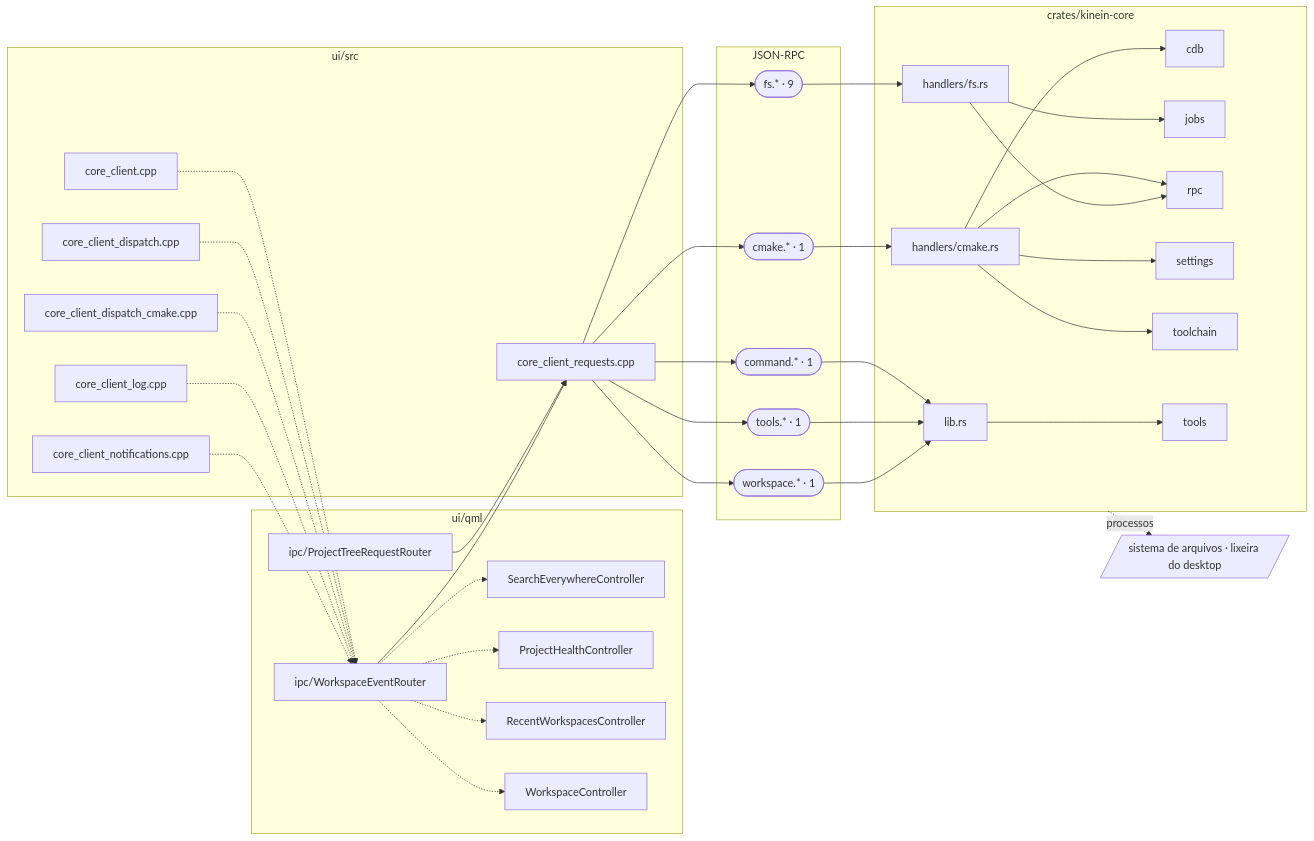
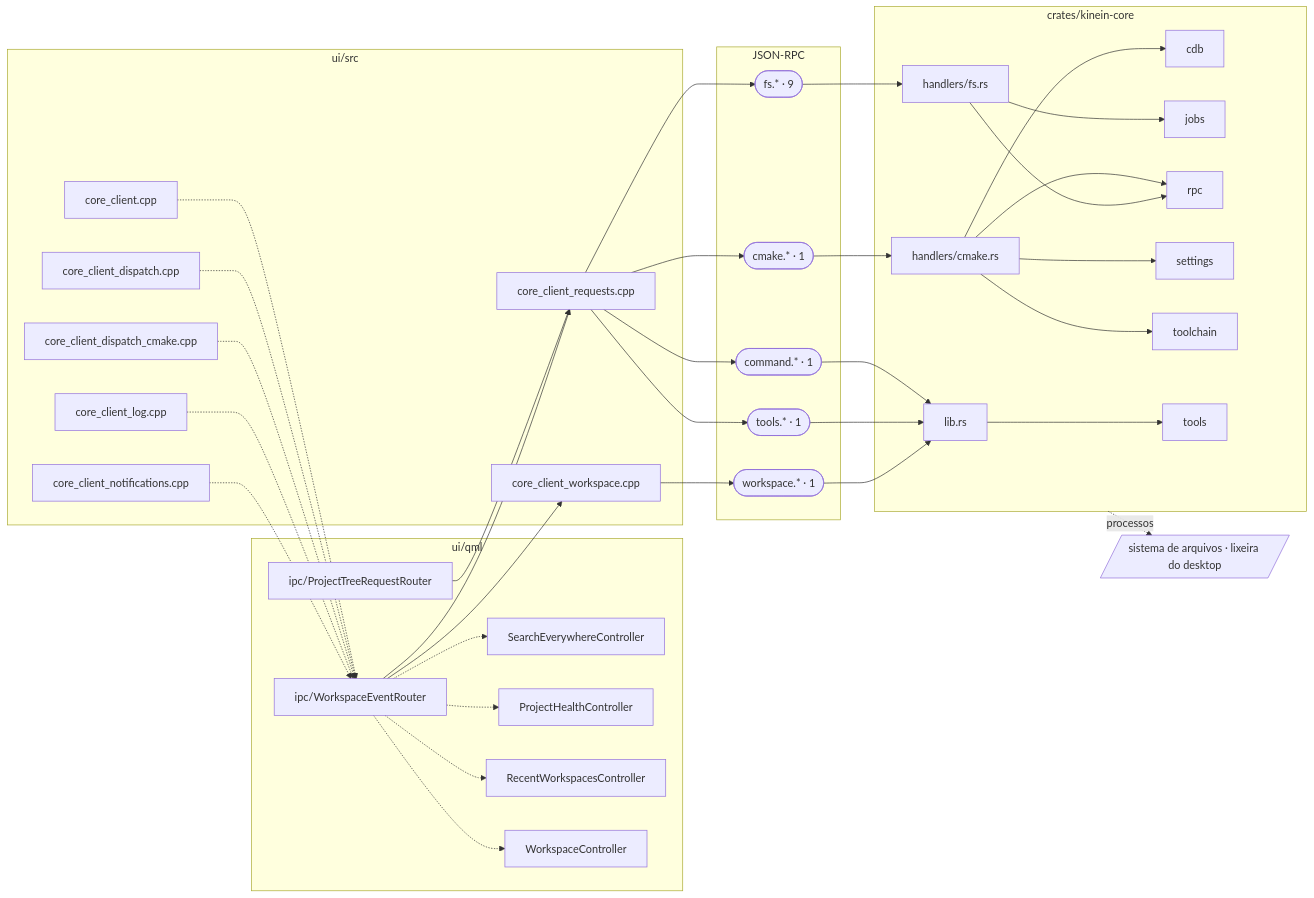
The fourth of 16 diagrams in DocsPublic/arquitetura/01-mapa-de-modulos.md (ViktorWalde/KineinVectis), drawn with Mermaid before and after one commit. The commit also changed other lines of this file and 44 other files, not shown here.

````diff
--- a/DocsPublic/arquitetura/01-mapa-de-modulos.md
+++ b/DocsPublic/arquitetura/01-mapa-de-modulos.md
@@ -407,67 +410,69 @@
 ```mermaid
 flowchart LR
   subgraph QML["ui/qml"]
     n_ui_qml_search_SearchEverywhereController_qml["SearchEverywhereController"]
     n_ui_qml_workspace_ProjectHealthController_qml["ProjectHealthController"]
     n_ui_qml_workspace_RecentWorkspacesController_qml["RecentWorkspacesController"]
     n_ui_qml_workspace_WorkspaceController_qml["WorkspaceController"]
     n_ui_qml_ipc_ProjectTreeRequestRouter_qml["ipc/ProjectTreeRequestRouter"]
     n_ui_qml_ipc_WorkspaceEventRouter_qml["ipc/WorkspaceEventRouter"]
   end
   subgraph CPP["ui/src"]
     n_ui_src_core_client_cpp["core_client.cpp"]
     n_ui_src_core_client_dispatch_cpp["core_client_dispatch.cpp"]
     n_ui_src_core_client_dispatch_cmake_cpp["core_client_dispatch_cmake.cpp"]
     n_ui_src_core_client_log_cpp["core_client_log.cpp"]
     n_ui_src_core_client_notifications_cpp["core_client_notifications.cpp"]
     n_ui_src_core_client_requests_cpp["core_client_requests.cpp"]
+    n_ui_src_core_client_workspace_cpp["core_client_workspace.cpp"]
   end
   subgraph IPC["JSON-RPC"]
     n_ipc_cmake(["cmake.* · 1"])
     n_ipc_command(["command.* · 1"])
     n_ipc_fs(["fs.* · 9"])
     n_ipc_tools(["tools.* · 1"])
     n_ipc_workspace(["workspace.* · 1"])
   end
   subgraph CORE["crates/kinein-core"]
     n_crates_kinein_core_src_handlers_cmake_rs["handlers/cmake.rs"]
     n_crates_kinein_core_src_handlers_fs_rs["handlers/fs.rs"]
     n_crates_kinein_core_src_lib_rs["lib.rs"]
     n_core_cdb[cdb]
     n_core_jobs[jobs]
     n_core_rpc[rpc]
     n_core_settings[settings]
     n_core_toolchain[toolchain]
     n_core_tools[tools]
   end
   n_tools_workspace[/"sistema de arquivos · lixeira do desktop"/]
   n_ui_qml_ipc_ProjectTreeRequestRouter_qml --> n_ui_src_core_client_requests_cpp
   n_ui_qml_ipc_WorkspaceEventRouter_qml -.-> n_ui_qml_search_SearchEverywhereController_qml
   n_ui_qml_ipc_WorkspaceEventRouter_qml -.-> n_ui_qml_workspace_ProjectHealthController_qml
   n_ui_qml_ipc_WorkspaceEventRouter_qml -.-> n_ui_qml_workspace_RecentWorkspacesController_qml
   n_ui_qml_ipc_WorkspaceEventRouter_qml -.-> n_ui_qml_workspace_WorkspaceController_qml
   n_ui_qml_ipc_WorkspaceEventRouter_qml --> n_ui_src_core_client_requests_cpp
+  n_ui_qml_ipc_WorkspaceEventRouter_qml --> n_ui_src_core_client_workspace_cpp
   n_ui_src_core_client_cpp -.-> n_ui_qml_ipc_WorkspaceEventRouter_qml
   n_ui_src_core_client_dispatch_cpp -.-> n_ui_qml_ipc_WorkspaceEventRouter_qml
   n_ui_src_core_client_dispatch_cmake_cpp -.-> n_ui_qml_ipc_WorkspaceEventRouter_qml
   n_ui_src_core_client_log_cpp -.-> n_ui_qml_ipc_WorkspaceEventRouter_qml
   n_ui_src_core_client_notifications_cpp -.-> n_ui_qml_ipc_WorkspaceEventRouter_qml
   n_ui_src_core_client_requests_cpp --> n_ipc_cmake
   n_ui_src_core_client_requests_cpp --> n_ipc_command
   n_ui_src_core_client_requests_cpp --> n_ipc_fs
   n_ui_src_core_client_requests_cpp --> n_ipc_tools
-  n_ui_src_core_client_requests_cpp --> n_ipc_workspace
+  n_ui_src_core_client_workspace_cpp --> n_ipc_workspace
   n_ipc_cmake --> n_crates_kinein_core_src_handlers_cmake_rs
   n_crates_kinein_core_src_handlers_cmake_rs --> n_core_cdb
   n_crates_kinein_core_src_handlers_cmake_rs --> n_core_rpc
   n_crates_kinein_core_src_handlers_cmake_rs --> n_core_settings
   n_crates_kinein_core_src_handlers_cmake_rs --> n_core_toolchain
   n_ipc_fs --> n_crates_kinein_core_src_handlers_fs_rs
   n_crates_kinein_core_src_handlers_fs_rs --> n_core_jobs
   n_crates_kinein_core_src_handlers_fs_rs --> n_core_rpc
   n_ipc_command --> n_crates_kinein_core_src_lib_rs
   n_ipc_tools --> n_crates_kinein_core_src_lib_rs
   n_ipc_workspace --> n_crates_kinein_core_src_lib_rs
   n_crates_kinein_core_src_lib_rs --> n_core_tools
   CORE -.->|processos| n_tools_workspace
 ```
````
